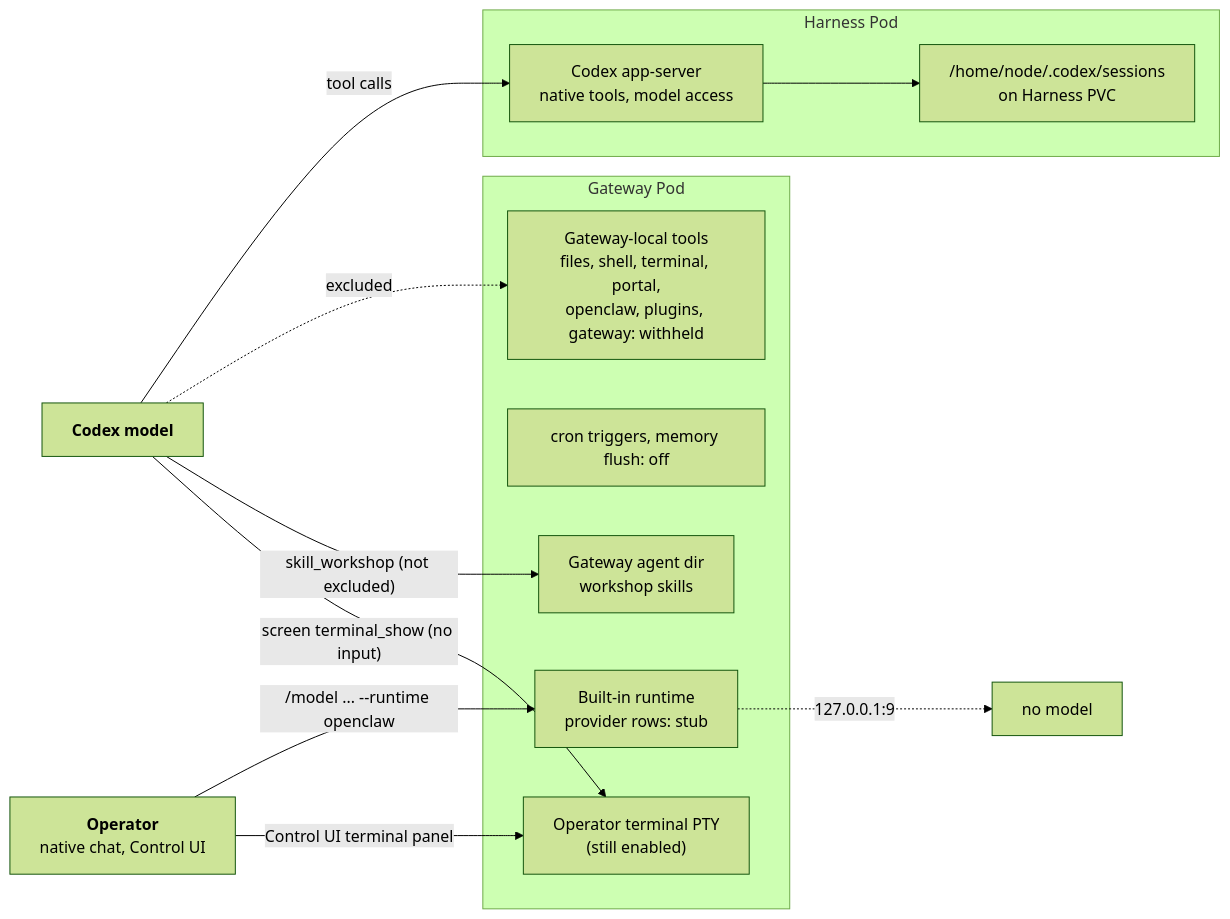
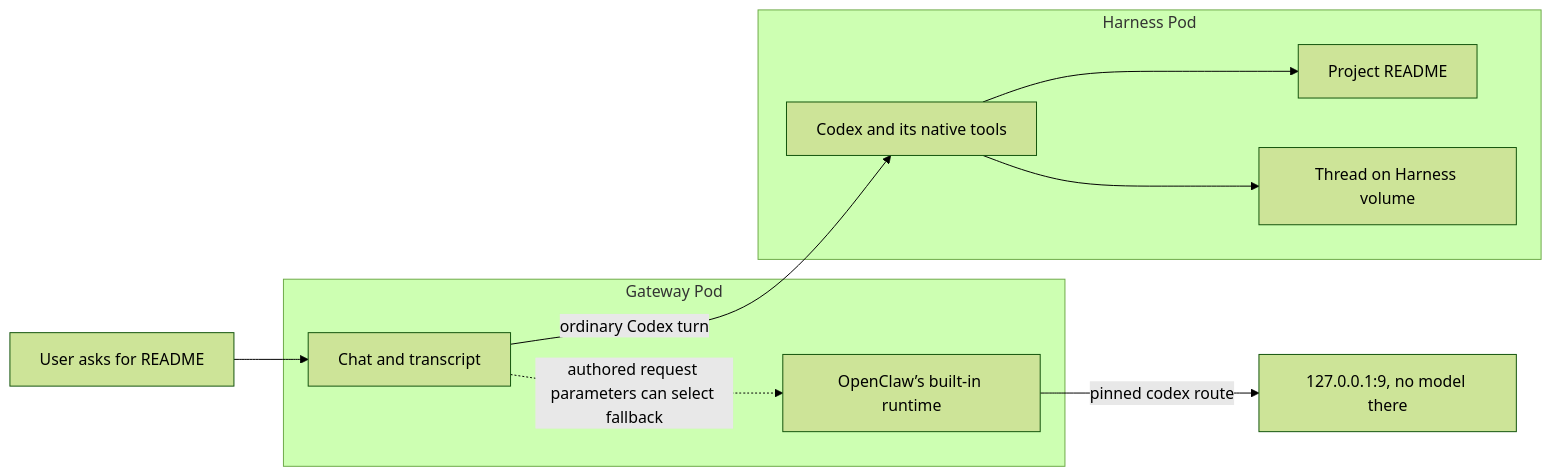
One commit to anmol0b/openclaw-enterprise changed the diagram in specs/rfcs/0019-codex-gateway-isolation.md. Above: the diagram before and after it, drawn with Mermaid (forest theme). The commit also changed other lines of this file, not shown here.

First line of the commit message:
docs(specs): tighten the spawn and admission wording in the gateway isolation record

````diff
--- a/specs/rfcs/0019-codex-gateway-isolation.md
+++ b/specs/rfcs/0019-codex-gateway-isolation.md
@@ -150,24 +44,15 @@
 ```mermaid
 flowchart LR
-  Operator["<b>Operator</b><br/>native chat, Control UI"]
-  Model["<b>Codex model</b>"]
-  subgraph GW["Gateway Pod"]
-    Tools["Gateway-local tools<br/>files, shell, terminal, portal,<br/>openclaw, plugins, gateway: withheld"]
-    Off["cron triggers, memory flush: off"]
-    Builtin["Built-in runtime<br/>provider rows: stub"]
-    AgentDir["Gateway agent dir<br/>workshop skills"]
-    PTY["Operator terminal PTY<br/>(still enabled)"]
-  end
-  subgraph HP["Harness Pod"]
-    Codex["Codex app-server<br/>native tools, model access"]
-    Sessions["/home/node/.codex/sessions<br/>on Harness PVC"]
-  end
-  Model -->|tool calls| Codex
-  Model -.->|excluded| Tools
-  Model -->|"skill_workshop (not excluded)"| AgentDir
-  Operator -->|"/model ... --runtime openclaw"| Builtin
-  Builtin -.->|"127.0.0.1:9"| Stub["no model"]
-  Operator -->|"Control UI terminal panel"| PTY
-  Model -->|"screen terminal_show (no input)"| PTY
-  Codex --> Sessions
+    User["User asks for README"] --> Chat
+    subgraph G["Gateway Pod"]
+        Chat["Chat and transcript"]
+        Fallback["OpenClaw’s built-in runtime"]
+    end
+    subgraph H["Harness Pod"]
+        Codex["Codex and its native tools"] --> Files["Project README"]
+        Codex --> Thread["Thread on Harness volume"]
+    end
+    Chat -->|"ordinary Codex turn"| Codex
+    Chat -.->|"authored request parameters can select fallback"| Fallback
+    Fallback -->|"pinned codex route"| Stub["127.0.0.1:9, no model there"]
 ```
````
